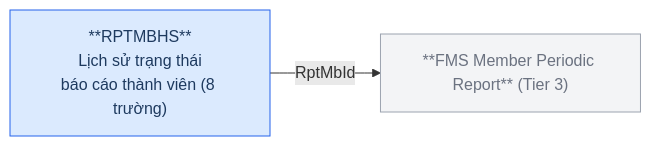
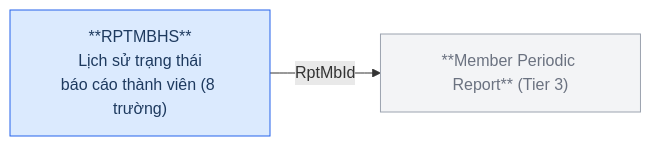
Before and after one commit to linhlvit/ubck_atomic_design: the third of 7 diagrams in Silver/hld/FMS_HLD_Tier4.md, drawn with Mermaid. The commit also changed other lines of this file and 32 other files, not shown here.

````diff
--- a/Silver/hld/FMS_HLD_Tier4.md
+++ b/Silver/hld/FMS_HLD_Tier4.md
@@ -66,10 +66,10 @@
 ```mermaid
 graph LR
     classDef src fill:#dbeafe,stroke:#2563eb,color:#1e3a5f
     classDef ref fill:#f3f4f6,stroke:#9ca3af,color:#6b7280
 
-    RPTMEMBER["**FMS Member Periodic Report** (Tier 3)"]:::ref
+    RPTMEMBER["**Member Periodic Report** (Tier 3)"]:::ref
     RPTMBHS["**RPTMBHS**\nLịch sử trạng thái\nbáo cáo thành viên (8 trường)"]:::src
 
     RPTMBHS -->|RptMbId| RPTMEMBER
 ```
````
